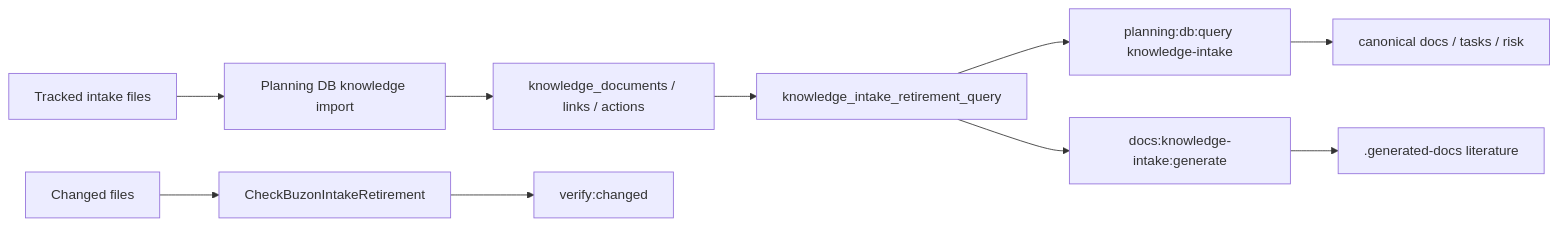
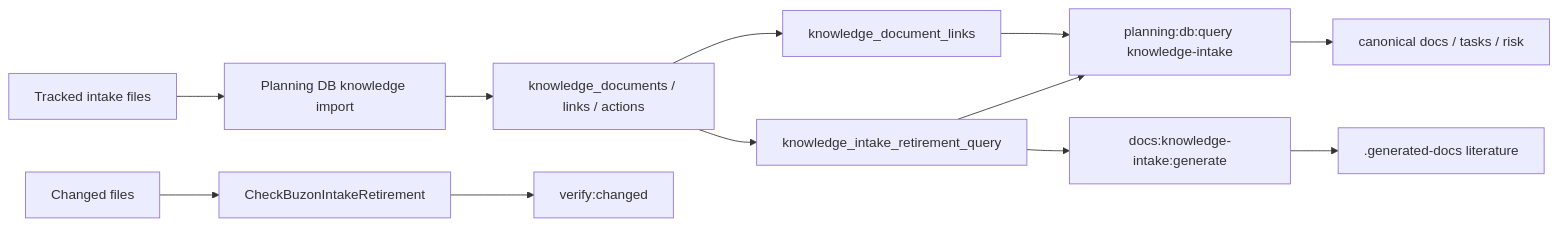
The diagram in docs/architecture/components/ci-governance/knowledge-intake-retirement-component.md (dunay2/dvt), drawn with Mermaid before and after one commit. The commit also changed other lines of this file and 6 other files, not shown here.

````diff
--- a/docs/architecture/components/ci-governance/knowledge-intake-retirement-component.md
+++ b/docs/architecture/components/ci-governance/knowledge-intake-retirement-component.md
@@ -91,12 +100,14 @@
 ```mermaid
 flowchart LR
   Buzon["Tracked intake files"] --> Importer["Planning DB knowledge import"]
   Importer --> Knowledge["knowledge_documents / links / actions"]
   Knowledge --> Retirement["knowledge_intake_retirement_query"]
+  Knowledge --> References["knowledge_document_links"]
   Retirement --> Agents["planning:db:query knowledge-intake"]
+  References --> Agents
   Retirement --> Literature["docs:knowledge-intake:generate"]
   ChangedFiles["Changed files"] --> Guard["CheckBuzonIntakeRetirement"]
   Guard --> VerifyChanged["verify:changed"]
   Agents --> CanonicalDocs["canonical docs / tasks / risk"]
   Literature --> LocalRender[".generated-docs literature"]
 ```
````
